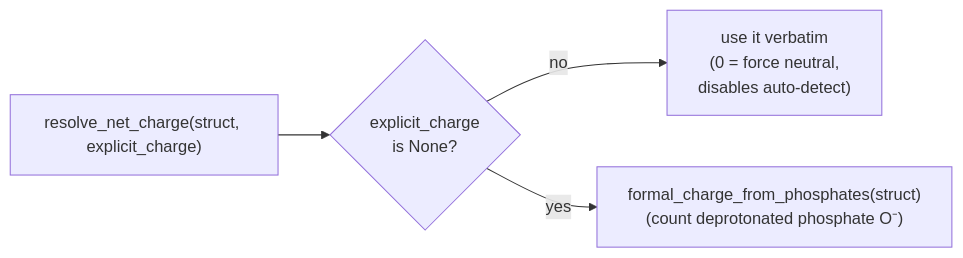
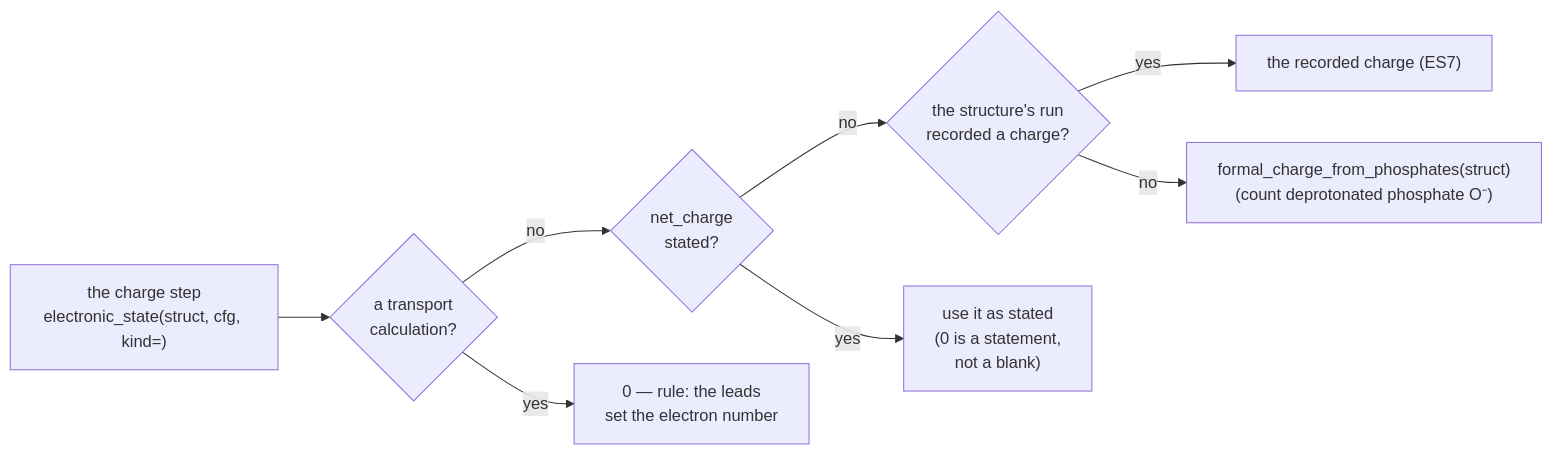
The diagram in docs/model/chemistry.md (Qing-LAB/molbuilder), drawn with Mermaid before and after one commit. The commit also changed other lines of this file and 142 other files, not shown here.

````diff
--- a/docs/model/chemistry.md
+++ b/docs/model/chemistry.md
@@ -32,10 +37,18 @@
 ```mermaid
 flowchart LR
-    IN["resolve_net_charge(struct, explicit_charge)"]
-    Q{"explicit_charge<br/>is None?"}
-    OV["use it verbatim<br/>(0 = force neutral,<br/>disables auto-detect)"]
+    IN["the charge step<br/>electronic_state(struct, cfg, kind=)"]
+    T{"a transport<br/>calculation?"}
+    Q{"net_charge<br/>stated?"}
+    R{"the structure's run<br/>recorded a charge?"}
+    ZERO["0 — rule: the leads<br/>set the electron number"]
+    OV["use it as stated<br/>(0 is a statement,<br/>not a blank)"]
+    REC["the recorded charge (ES7)"]
     AUTO["formal_charge_from_phosphates(struct)<br/>(count deprotonated phosphate O⁻)"]
-    IN --> Q
-    Q -- no --> OV
-    Q -- yes --> AUTO
+    IN --> T
+    T -- yes --> ZERO
+    T -- no --> Q
+    Q -- yes --> OV
+    Q -- no --> R
+    R -- yes --> REC
+    R -- no --> AUTO
 ```
````
